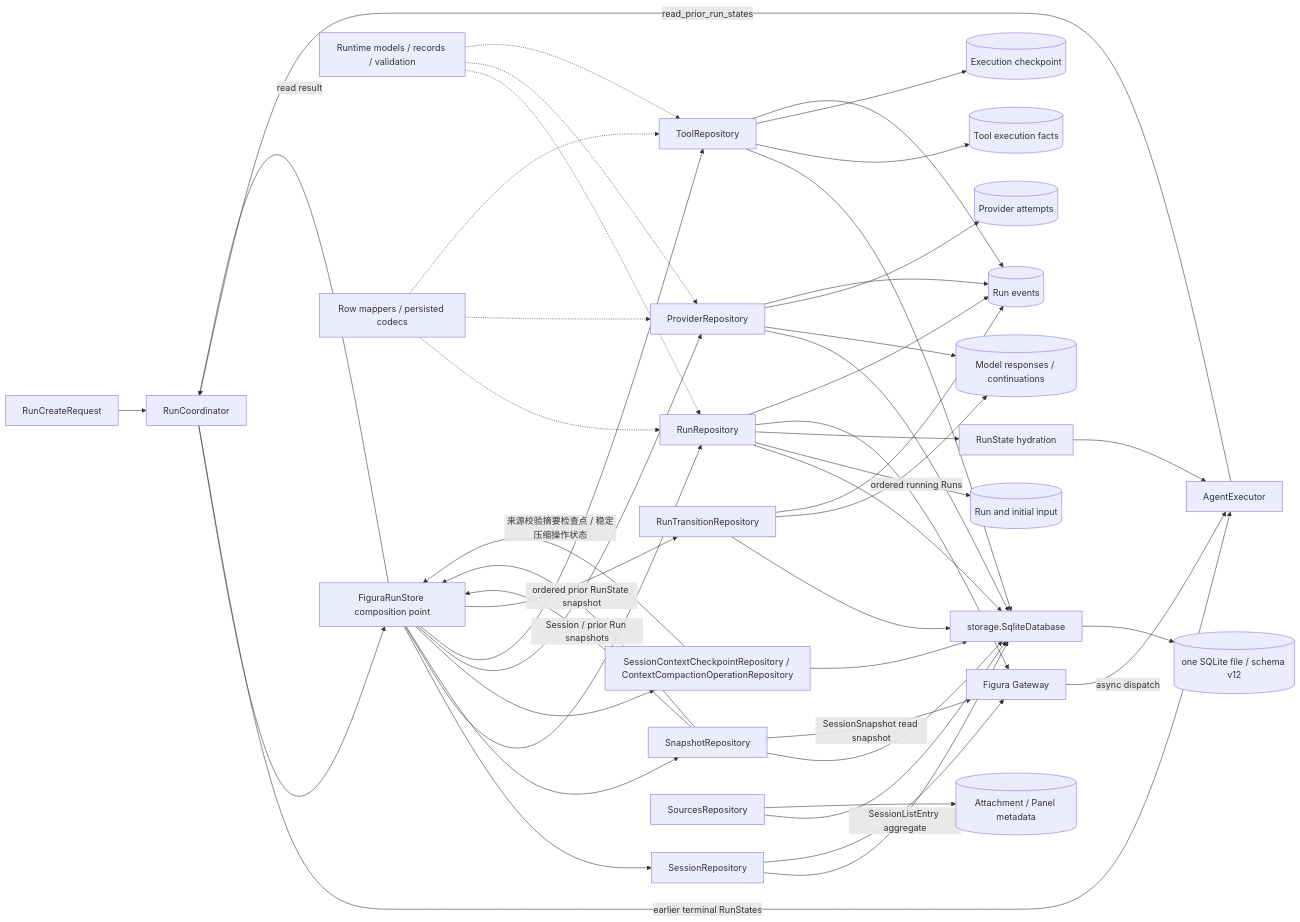
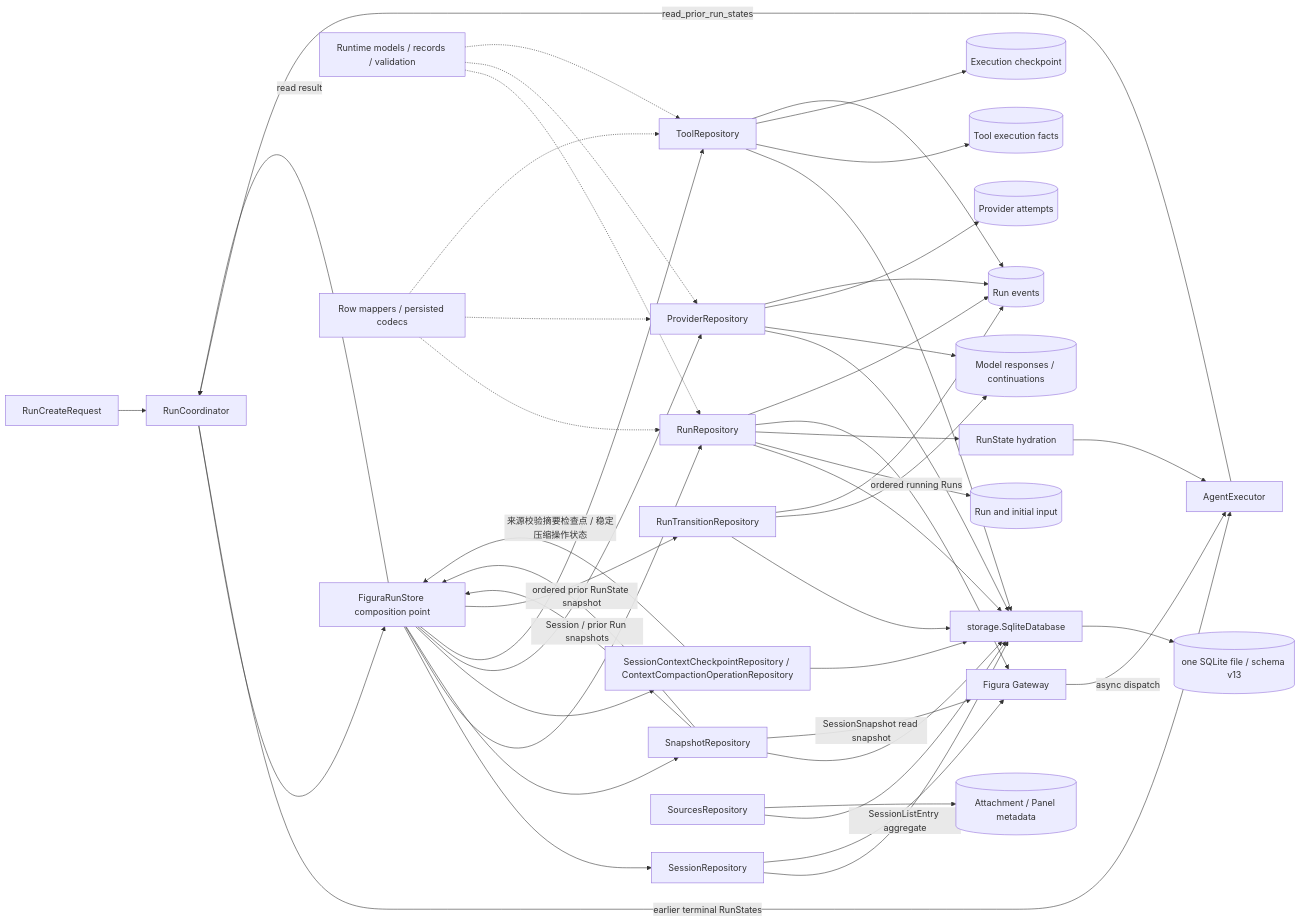
Before and after one commit to YeZibn/Figura: the diagram in docs/figura/runtime.md, drawn with Mermaid. The commit also changed other lines of this file and 90 other files, not shown here.

````diff
--- a/docs/figura/runtime.md
+++ b/docs/figura/runtime.md
@@ -9,50 +9,50 @@
 ```mermaid
 flowchart LR
     Create[RunCreateRequest] --> Coordinator[RunCoordinator]
     Coordinator --> Store[FiguraRunStore composition point]
     Store --> SessionRepo[SessionRepository]
     Store --> RunRepo[RunRepository]
     Store --> SnapshotRepo[SnapshotRepository]
     Store --> ContextRepo[SessionContextCheckpointRepository / ContextCompactionOperationRepository]
     Store --> ProviderRepo[ProviderRepository]
     Store --> ToolRepo[ToolRepository]
     Store --> TransitionRepo[RunTransitionRepository]
     SessionRepo --> Database[storage.SqliteDatabase]
     RunRepo --> Database
     SnapshotRepo --> Database
     ContextRepo --> Database
     ProviderRepo --> Database
     ToolRepo --> Database
     TransitionRepo --> Database
     SourceRepo[SourcesRepository] --> Database
-    Database --> SQLite[(one SQLite file / schema v12)]
+    Database --> SQLite[(one SQLite file / schema v13)]
     RunRepo --> Run[(Run and initial input)]
     RunRepo --> State[RunState hydration]
     SnapshotRepo -->|Session / prior Run snapshots| Store
     ContextRepo -->|来源校验摘要检查点 / 稳定压缩操作状态| Store
     SessionRepo -->|SessionListEntry aggregate| Gateway[Figura Gateway]
     SnapshotRepo -->|SessionSnapshot read snapshot| Gateway
     RunRepo -->|ordered running Runs| Gateway
     Gateway -->|async dispatch| Agent
     Agent -->|read_prior_run_states| Coordinator
     SnapshotRepo -->|ordered prior RunState snapshot| Store
     Store -->|read result| Coordinator
     Coordinator -->|earlier terminal RunStates| Agent
     ProviderRepo --> Records[(Model responses / continuations)]
     ProviderRepo --> Attempts[(Provider attempts)]
     ToolRepo --> ToolFacts[(Tool execution facts)]
     ToolRepo --> Checkpoint[(Execution checkpoint)]
     RunRepo --> Events[(Run events)]
     ProviderRepo --> Events
     ToolRepo --> Events
     TransitionRepo --> Records
     TransitionRepo --> Events
     SourceRepo --> SourceFacts[(Attachment / Panel metadata)]
     Domain[Runtime models / records / validation] -.-> RunRepo
     Domain -.-> ProviderRepo
     Domain -.-> ToolRepo
     Mappers[Row mappers / persisted codecs] -.-> RunRepo
     Mappers -.-> ProviderRepo
     Mappers -.-> ToolRepo
     State --> Agent[AgentExecutor]
 ```
````
